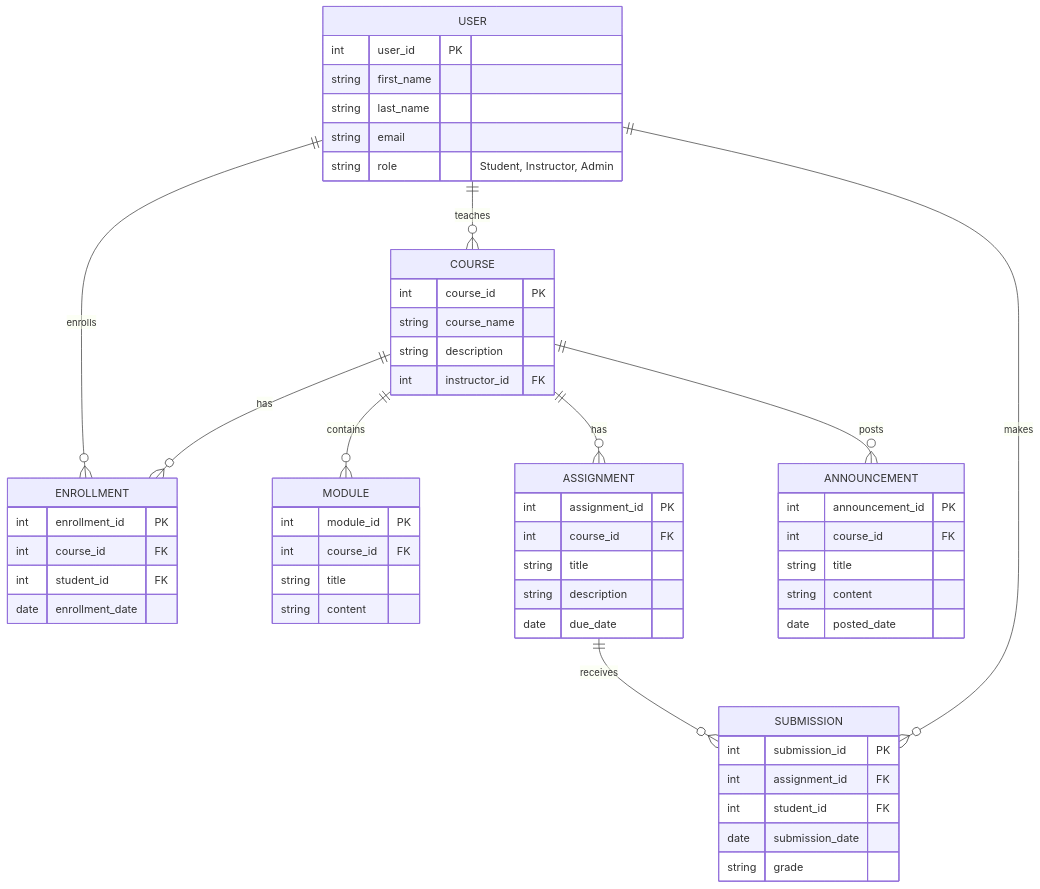
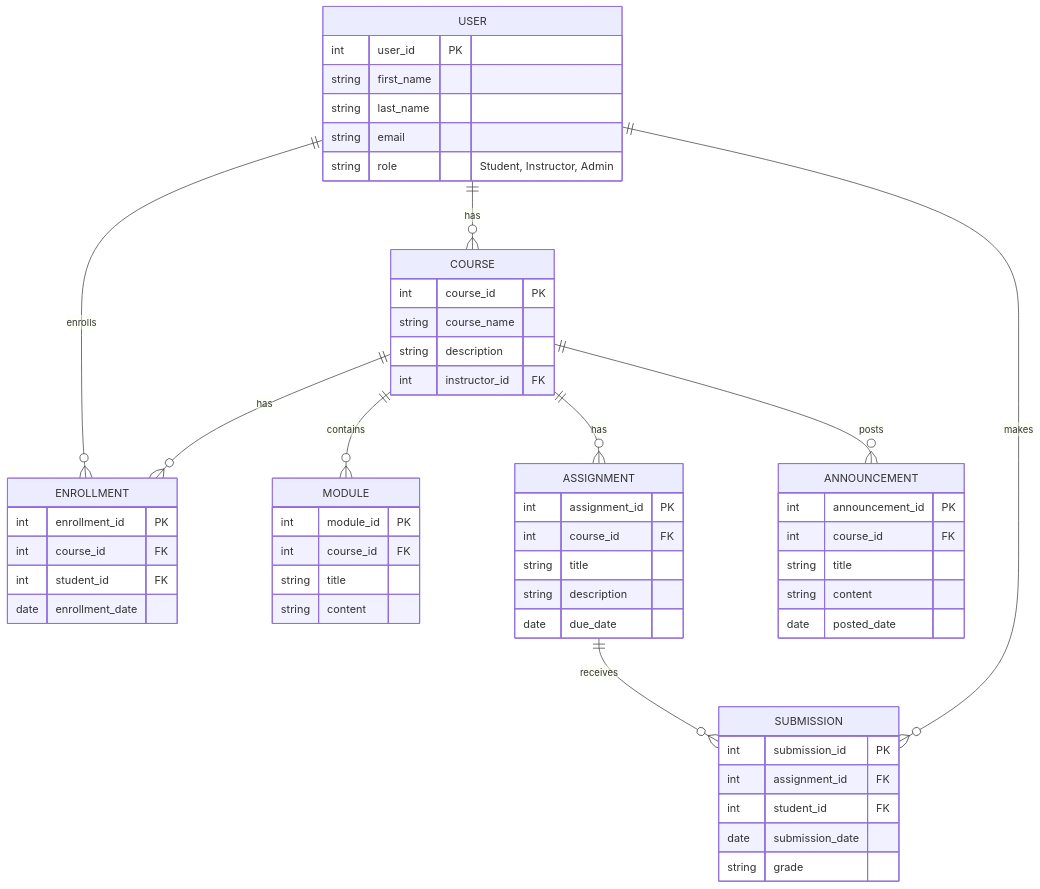
One commit to johnpaulnewton/lms changed the diagram in apps/docs/public/datamodel.mmd. Above: the diagram before and after it, drawn with Mermaid. The commit also changed 2 other files, not shown here.

```diff
--- a/apps/docs/public/datamodel.mmd
+++ b/apps/docs/public/datamodel.mmd
@@ -1,62 +1,62 @@
 erDiagram
     USER {
         int user_id PK
         string first_name
         string last_name
         string email
         string role "Student, Instructor, Admin"
     }
 
     COURSE {
         int course_id PK
         string course_name
         string description
         int instructor_id FK
     }
 
     ENROLLMENT {
         int enrollment_id PK
         int course_id FK
         int student_id FK
         date enrollment_date
     }
 
     MODULE {
         int module_id PK
         int course_id FK
         string title
         string content
     }
 
     ASSIGNMENT {
         int assignment_id PK
         int course_id FK
         string title
         string description
         date due_date
     }
 
     SUBMISSION {
         int submission_id PK
         int assignment_id FK
         int student_id FK
         date submission_date
         string grade
     }
 
     ANNOUNCEMENT {
         int announcement_id PK
         int course_id FK
         string title
         string content
         date posted_date
     }
 
     USER ||--o{ ENROLLMENT : "enrolls"
     COURSE ||--o{ ENROLLMENT : "has"
     COURSE ||--o{ MODULE : "contains"
     COURSE ||--o{ ASSIGNMENT : "has"
     COURSE ||--o{ ANNOUNCEMENT : "posts"
     ASSIGNMENT ||--o{ SUBMISSION : "receives"
     USER ||--o{ SUBMISSION : "makes"
-    USER ||--o{ COURSE : "teaches"
+    USER ||--o{ COURSE : "has"
```
